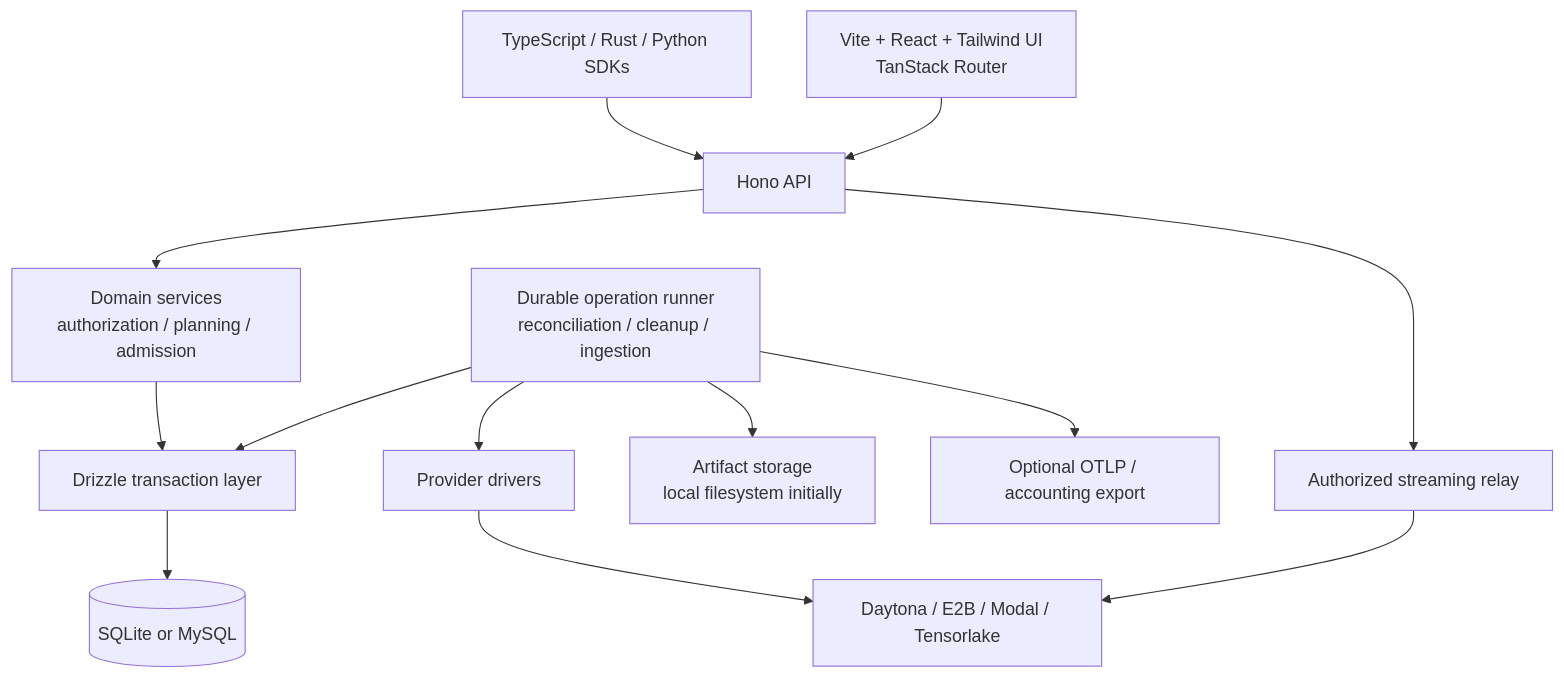
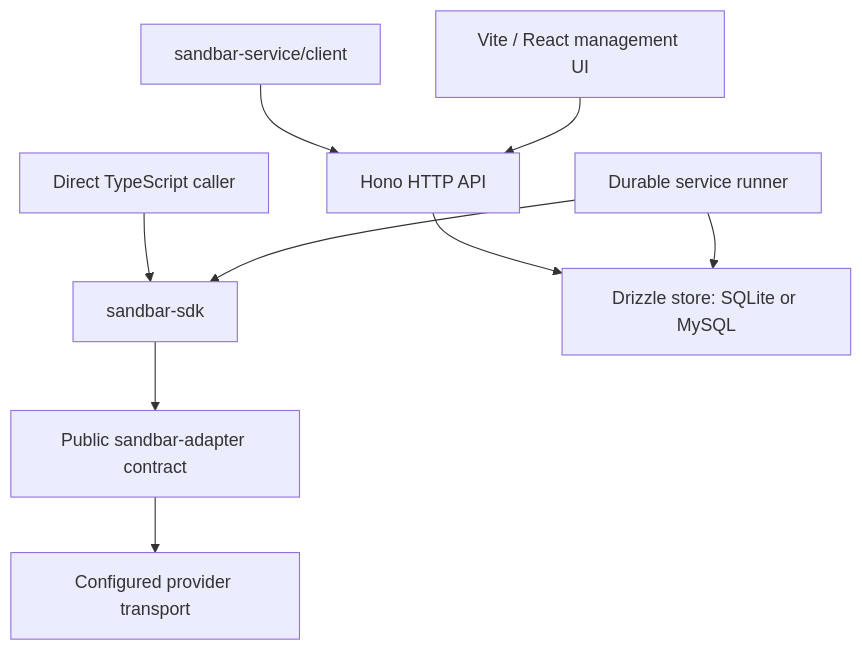
The diagram in specs/design.md (pandemicsyn/sandbar), drawn with Mermaid before and after one commit. The commit also changed other lines of this file and 27 other files, not shown here.

````diff
--- a/specs/design.md
+++ b/specs/design.md
@@ -25,15 +9,11 @@
 ```mermaid
 flowchart TD
-  SDK[TypeScript / Rust / Python SDKs] --> API[Hono API]
-  UI[Vite + React + Tailwind UI\nTanStack Router] --> API
-  API --> Domain[Domain services\nauthorization / planning / admission]
-  Domain --> Store[Drizzle transaction layer]
-  Runner[Durable operation runner\nreconciliation / cleanup / ingestion] --> Store
-  Store --> DB[(SQLite or MySQL)]
-  Runner --> Drivers[Provider drivers]
-  Drivers --> Providers[Daytona / E2B / Modal / Tensorlake]
-  API --> Relay[Authorized streaming relay]
-  Relay --> Providers
-  Runner --> Blobs[Artifact storage\nlocal filesystem initially]
-  Runner --> Export[Optional OTLP / accounting export]
+  Direct[Direct TypeScript caller] --> SDK[sandbar-sdk]
+  Remote[sandbar-service/client] --> API[Hono HTTP API]
+  UI[Vite / React management UI] --> API
+  API --> Store[Drizzle store: SQLite or MySQL]
+  Runner[Durable service runner] --> Store
+  Runner --> SDK
+  SDK --> Adapter[Public sandbar-adapter contract]
+  Adapter --> Provider[Configured provider transport]
 ```
````
